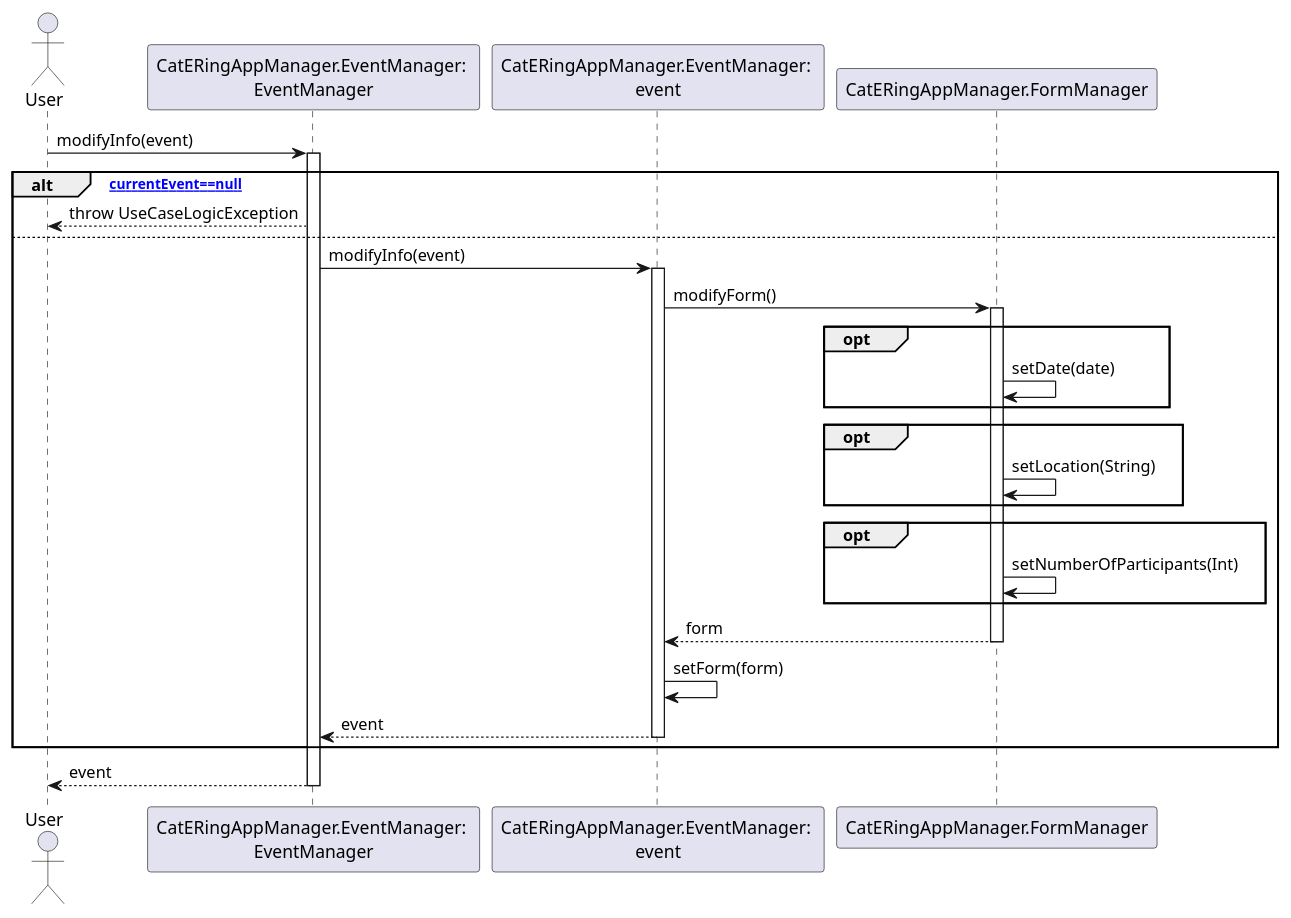
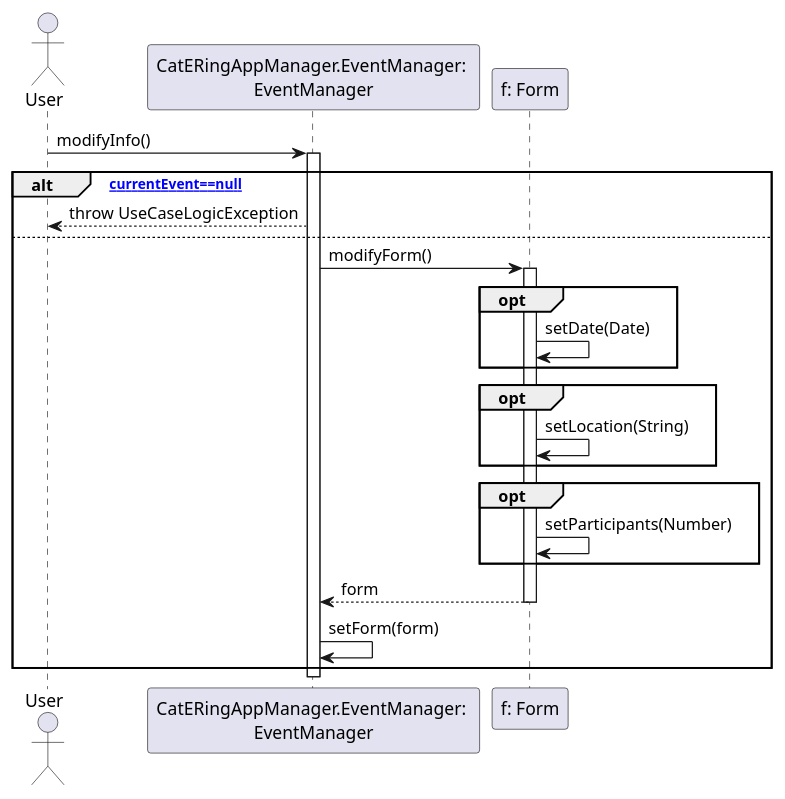
One commit to m0canu1/sas changed the diagram in dsd/dsd-eventi/estensioniEcc/2a-modifyInfos.md. Above: the diagram before and after it, drawn with PlantUML. The commit also changed 6 other files, not shown here.

````diff
--- a/dsd/dsd-eventi/estensioniEcc/2a-modifyInfos.md
+++ b/dsd/dsd-eventi/estensioniEcc/2a-modifyInfos.md
@@ -1,39 +1,30 @@
 ```plantuml
 Actor User
 Participant "CatERingAppManager.EventManager: \nEventManager" as EM
-Participant "CatERingAppManager.EventManager: \nevent" as E
-Participant "CatERingAppManager.FormManager" as FM
+Participant "f: Form" as FM
 
-User -> EM: modifyInfo(event)
+User -> EM: modifyInfo()
 Activate EM
 
 alt [currentEvent==null]
     EM --> User: throw UseCaseLogicException
 else
-    EM -> E: modifyInfo(event)
-    Activate E
-    
-    E -> FM: modifyForm()
+    EM -> FM: modifyForm()
     Activate FM
     opt
-        FM -> FM: setDate(date)
+        FM -> FM: setDate(Date)
     end
     opt
         FM -> FM: setLocation(String)
     end
     opt
-        FM -> FM: setNumberOfParticipants(Int) 
+        FM -> FM: setParticipants(Number) 
     end
-    FM --> E: form
+    FM --> EM: form
     Deactivate FM
-    
-    E -> E: setForm(form)
-
-    E --> EM: event
-    Deactivate E
+    EM -> EM: setForm(form)
 end
-EM --> User: event
 Deactivate EM
 
 
 ```
````
